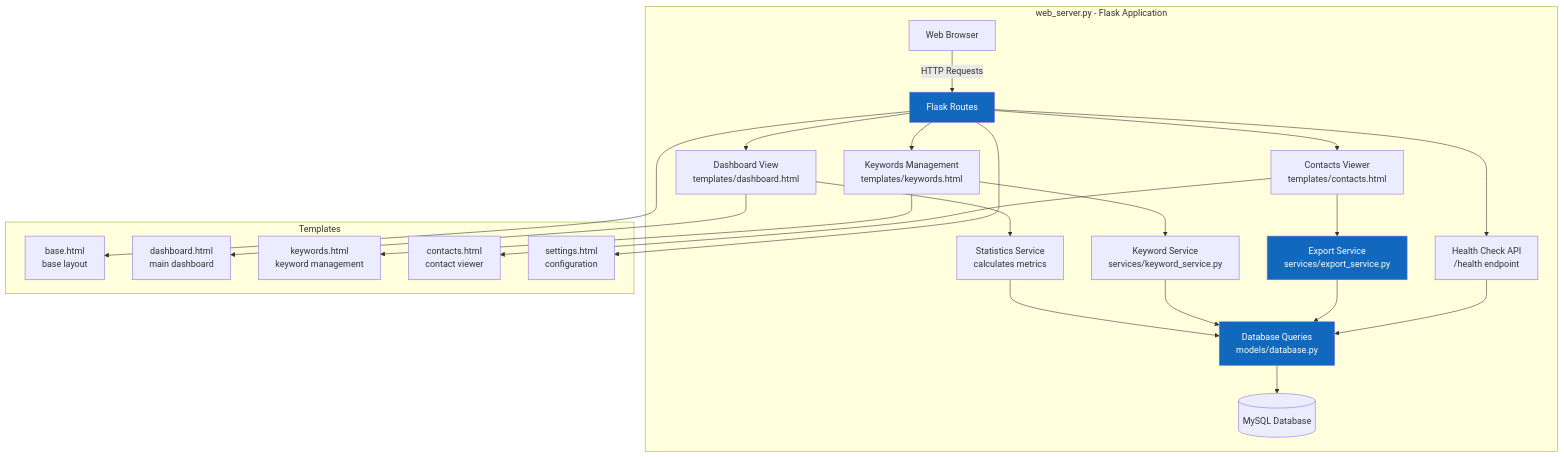
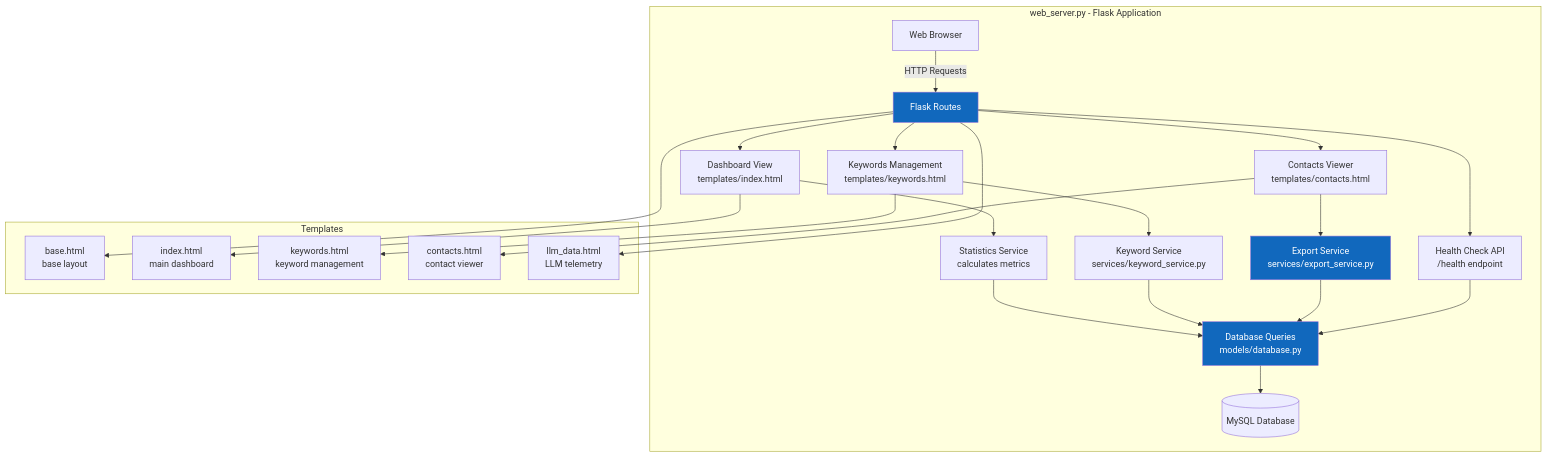
The fourth of 8 diagrams in doc/C4_ARCHITECTURE.md (hauptmann1971/b2b-contact-miner), drawn with Mermaid before and after one commit. The commit also changed other lines of this file and 10 other files, not shown here.

First line of the commit message:
Align architecture docs and diagrams with current DB-backed queue design.

````diff
--- a/doc/C4_ARCHITECTURE.md
+++ b/doc/C4_ARCHITECTURE.md
@@ -151,40 +145,40 @@
 ```mermaid
 graph TB
     subgraph "web_server.py - Flask Application"
         Browser[Web Browser] -->|HTTP Requests| FlaskRoutes[Flask Routes]
         
-        FlaskRoutes --> DashboardView[Dashboard View<br/>templates/dashboard.html]
+        FlaskRoutes --> DashboardView[Dashboard View<br/>templates/index.html]
         FlaskRoutes --> KeywordsView[Keywords Management<br/>templates/keywords.html]
         FlaskRoutes --> ContactsView[Contacts Viewer<br/>templates/contacts.html]
         FlaskRoutes --> HealthCheck[Health Check API<br/>/health endpoint]
         
         DashboardView --> StatsService[Statistics Service<br/>calculates metrics]
         KeywordsView --> KeywordService[Keyword Service<br/>services/keyword_service.py]
         ContactsView --> ExportService[Export Service<br/>services/export_service.py]
         
         StatsService --> DBQuery[Database Queries<br/>models/database.py]
         KeywordService --> DBQuery
         ExportService --> DBQuery
         HealthCheck --> DBQuery
         
         DBQuery --> MySQL[(MySQL Database)]
     end
     
     subgraph "Templates"
         BaseTemplate[base.html<br/>base layout]
-        DashboardTemplate[dashboard.html<br/>main dashboard]
+        DashboardTemplate[index.html<br/>main dashboard]
         KeywordsTemplate[keywords.html<br/>keyword management]
         ContactsTemplate[contacts.html<br/>contact viewer]
-        SettingsTemplate[settings.html<br/>configuration]
+        LlmDataTemplate[llm_data.html<br/>LLM telemetry]
     end
     
     FlaskRoutes --> BaseTemplate
     DashboardView --> DashboardTemplate
     KeywordsView --> KeywordsTemplate
     ContactsView --> ContactsTemplate
-    FlaskRoutes --> SettingsTemplate
+    FlaskRoutes --> LlmDataTemplate
     
     style FlaskRoutes fill:#1168bd,color:#fff
     style DBQuery fill:#1168bd,color:#fff
     style ExportService fill:#1168bd,color:#fff
 ```
````
